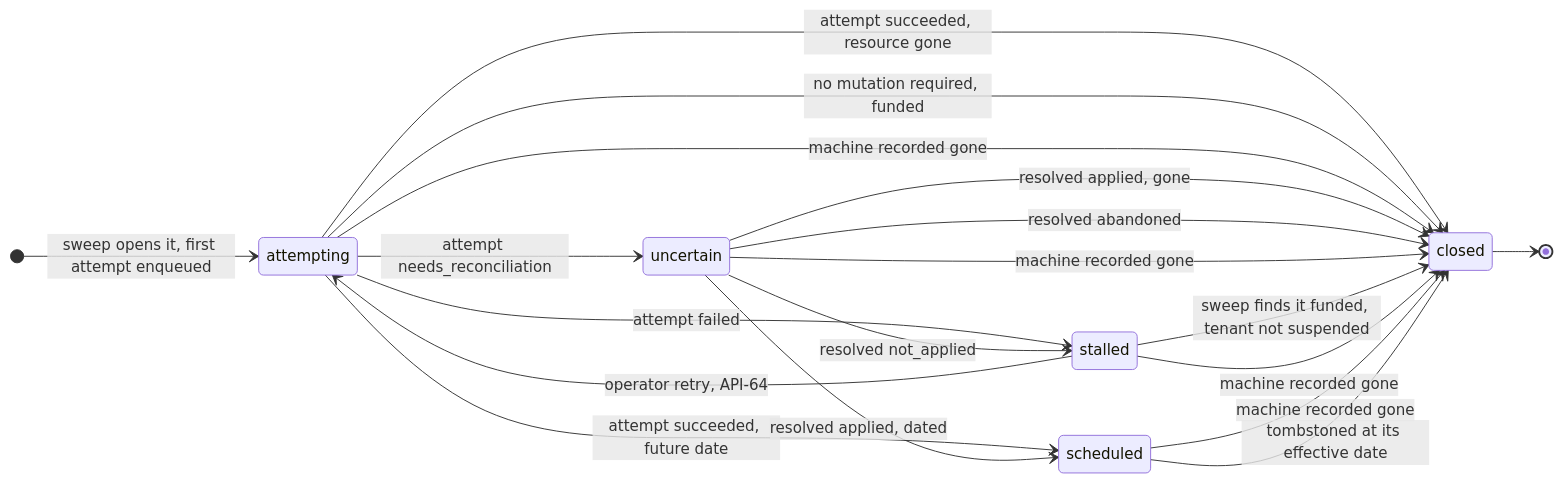
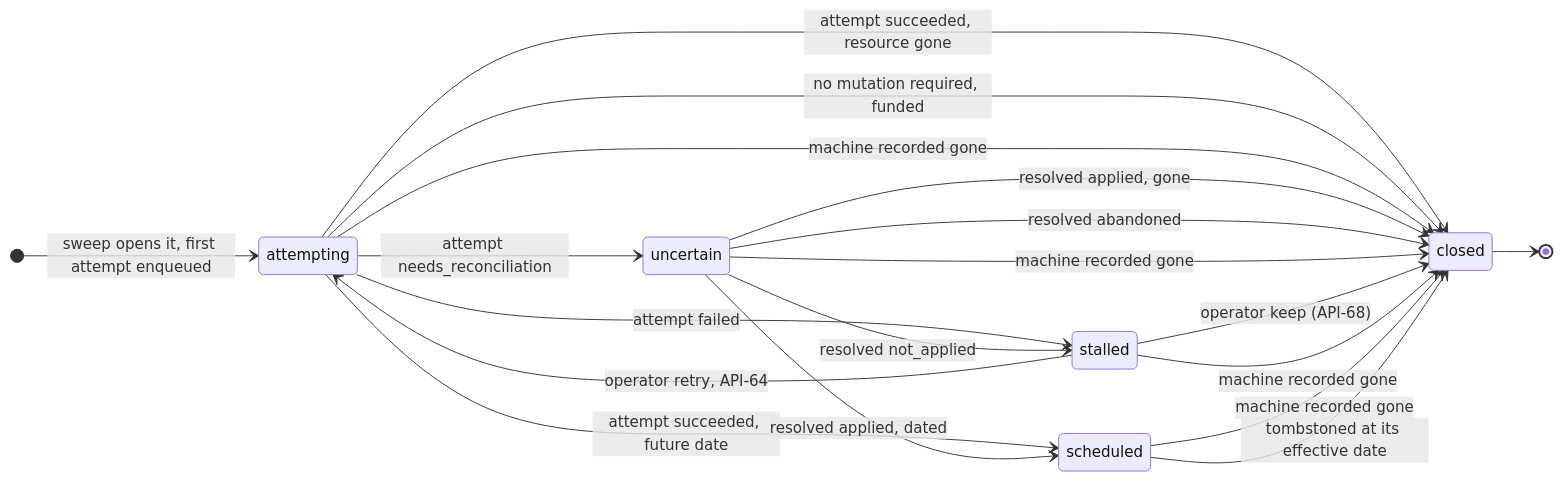
The diagram in 01-domain-model.md (douglaz/provisiond), drawn with Mermaid before and after one commit. The commit also changed other lines of this file and 17 other files, not shown here.

Commit message:
spec: make stalled revival an operator decision (pv-gip.11)

````diff
--- a/01-domain-model.md
+++ b/01-domain-model.md
@@ -200,22 +201,22 @@
 ```mermaid
 stateDiagram-v2
     direction LR
     [*] --> attempting : sweep opens it, first attempt enqueued
     attempting --> closed : attempt succeeded, resource gone
     attempting --> closed : no mutation required, funded
     attempting --> scheduled : attempt succeeded, future date
     attempting --> stalled : attempt failed
     attempting --> uncertain : attempt needs_reconciliation
     attempting --> closed : machine recorded gone
     uncertain --> scheduled : resolved applied, dated
     uncertain --> closed : resolved applied, gone
     uncertain --> stalled : resolved not_applied
     uncertain --> closed : resolved abandoned
     uncertain --> closed : machine recorded gone
     stalled --> attempting : operator retry, API-64
-    stalled --> closed : sweep finds it funded, tenant not suspended
+    stalled --> closed : operator keep (API-68)
     stalled --> closed : machine recorded gone
     scheduled --> closed : machine recorded gone
     scheduled --> closed : tombstoned at its effective date
     closed --> [*]
 ```
````
